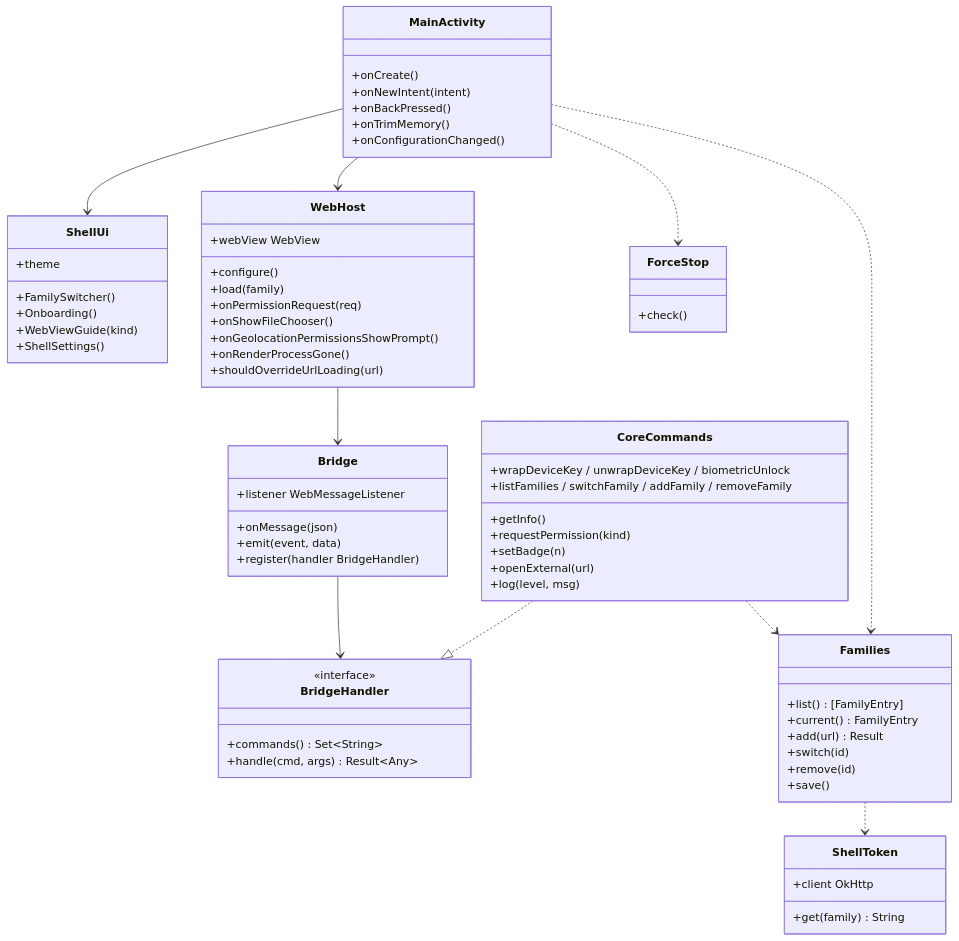
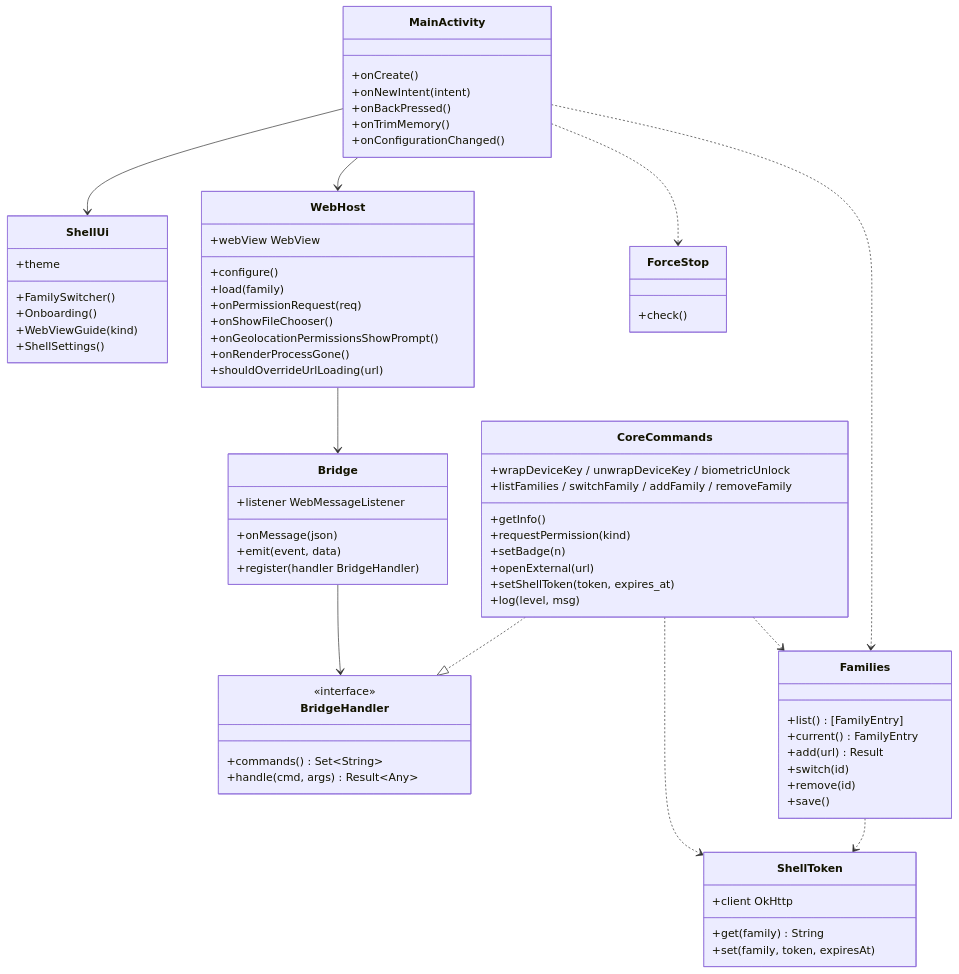
The diagram in dev/docs/jp/ブロック/and-shell.md (nrsd-ishikawasou/family-talk-pwa), drawn with Mermaid before and after one commit. The commit also changed other lines of this file and 290 other files, not shown here.

````diff
--- a/dev/docs/jp/ブロック/and-shell.md
+++ b/dev/docs/jp/ブロック/and-shell.md
@@ -21,71 +48,74 @@
 ```mermaid
 classDiagram
   class MainActivity {
     +onCreate()
     +onNewIntent(intent)
     +onBackPressed()
     +onTrimMemory()
     +onConfigurationChanged()
   }
   class ShellUi {
     +FamilySwitcher()
     +Onboarding()
     +WebViewGuide(kind)
     +ShellSettings()
     +theme
   }
   class WebHost {
     +webView WebView
     +configure()
     +load(family)
     +onPermissionRequest(req)
     +onShowFileChooser()
     +onGeolocationPermissionsShowPrompt()
     +onRenderProcessGone()
     +shouldOverrideUrlLoading(url)
   }
   class Bridge {
     +listener WebMessageListener
     +onMessage(json)
     +emit(event, data)
     +register(handler BridgeHandler)
   }
   class BridgeHandler {
     <<interface>>
     +commands() Set~String~
     +handle(cmd, args) Result~Any~
   }
   class CoreCommands {
     +getInfo()
     +requestPermission(kind)
     +setBadge(n)
     +openExternal(url)
     +wrapDeviceKey / unwrapDeviceKey / biometricUnlock
     +listFamilies / switchFamily / addFamily / removeFamily
+    +setShellToken(token, expires_at)
     +log(level, msg)
   }
   class Families {
     +list() [FamilyEntry]
     +current() FamilyEntry
     +add(url) Result
     +switch(id)
     +remove(id)
     +save()
   }
   class ShellToken {
     +get(family) String
+    +set(family, token, expiresAt)
     +client OkHttp
   }
   class ForceStop {
     +check()
   }
   MainActivity --> ShellUi
   MainActivity --> WebHost
   WebHost --> Bridge
   Bridge --> BridgeHandler
   CoreCommands ..|> BridgeHandler
   CoreCommands ..> Families
+  CoreCommands ..> ShellToken
   MainActivity ..> Families
   MainActivity ..> ForceStop
   Families ..> ShellToken
 ```
````
